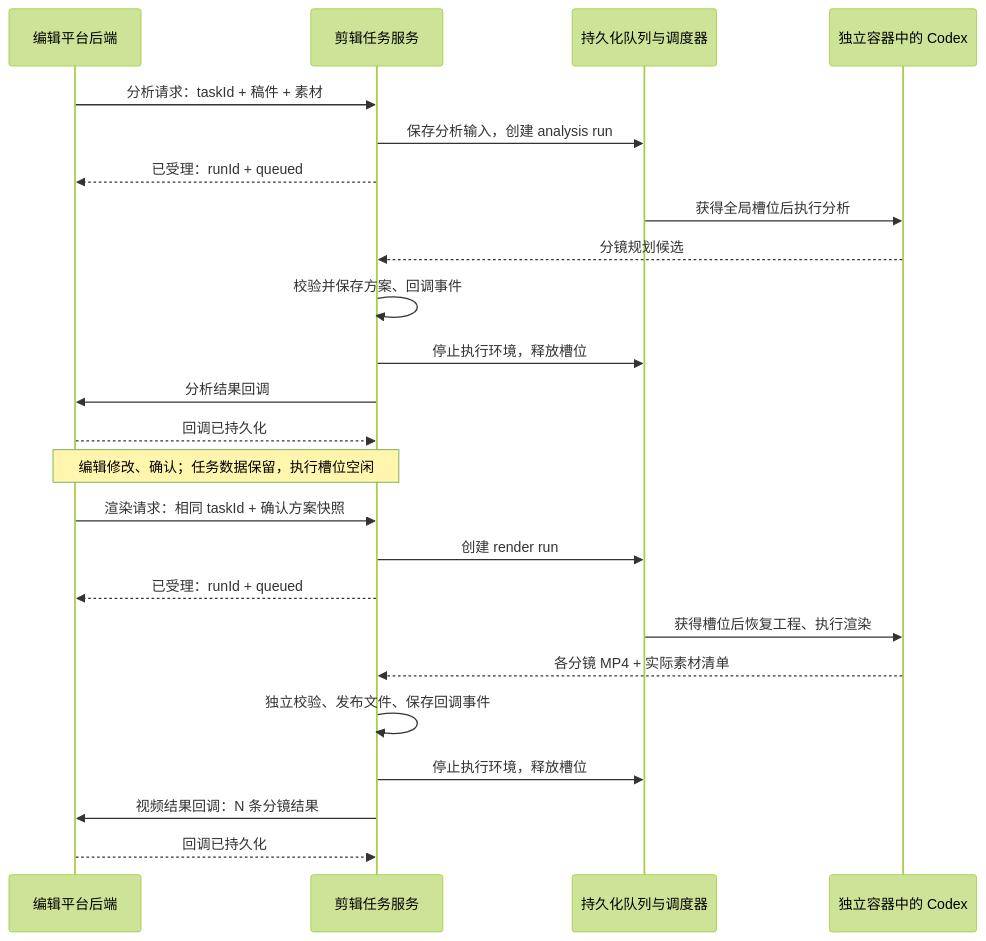
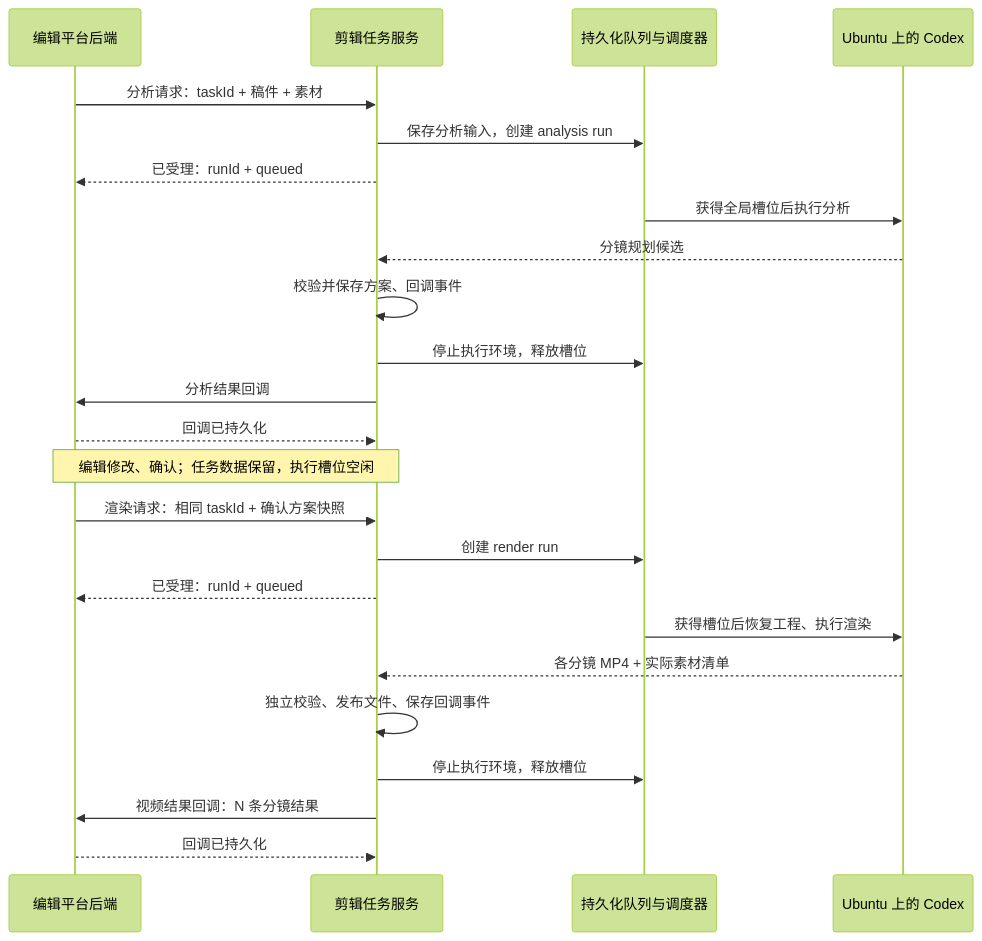
The diagram in docs/AI视频剪辑上下游对接方案.md (angelOnly/VideoCutEditor), drawn with Mermaid (forest theme) before and after one commit. The commit also changed other lines of this file and 41 other files, not shown here.

Commit message:
Run video worker on Ubuntu with managed Codex sessions

````diff
--- a/docs/AI视频剪辑上下游对接方案.md
+++ b/docs/AI视频剪辑上下游对接方案.md
@@ -41,26 +41,26 @@
 ```mermaid
 sequenceDiagram
     participant E as 编辑平台后端
     participant S as 剪辑任务服务
     participant Q as 持久化队列与调度器
-    participant C as 独立容器中的 Codex
+    participant C as Ubuntu 上的 Codex
     E->>S: 分析请求：taskId + 稿件 + 素材
     S->>Q: 保存分析输入，创建 analysis run
     S-->>E: 已受理：runId + queued
     Q->>C: 获得全局槽位后执行分析
     C-->>S: 分镜规划候选
     S->>S: 校验并保存方案、回调事件
     S->>Q: 停止执行环境，释放槽位
     S->>E: 分析结果回调
     E-->>S: 回调已持久化
     Note over E,S: 编辑修改、确认；任务数据保留，执行槽位空闲
     E->>S: 渲染请求：相同 taskId + 确认方案快照
     S->>Q: 创建 render run
     S-->>E: 已受理：runId + queued
     Q->>C: 获得槽位后恢复工程、执行渲染
     C-->>S: 各分镜 MP4 + 实际素材清单
     S->>S: 独立校验、发布文件、保存回调事件
     S->>Q: 停止执行环境，释放槽位
     S->>E: 视频结果回调：N 条分镜结果
     E-->>S: 回调已持久化
 ```
````
